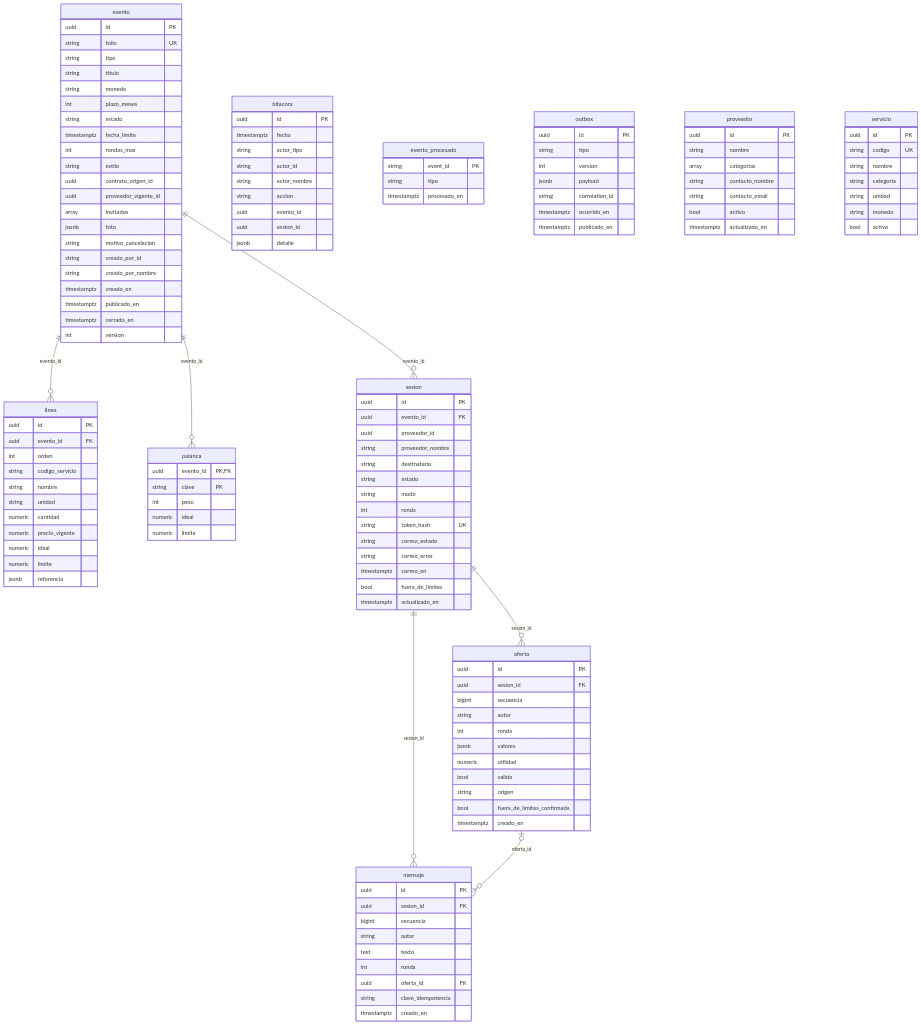
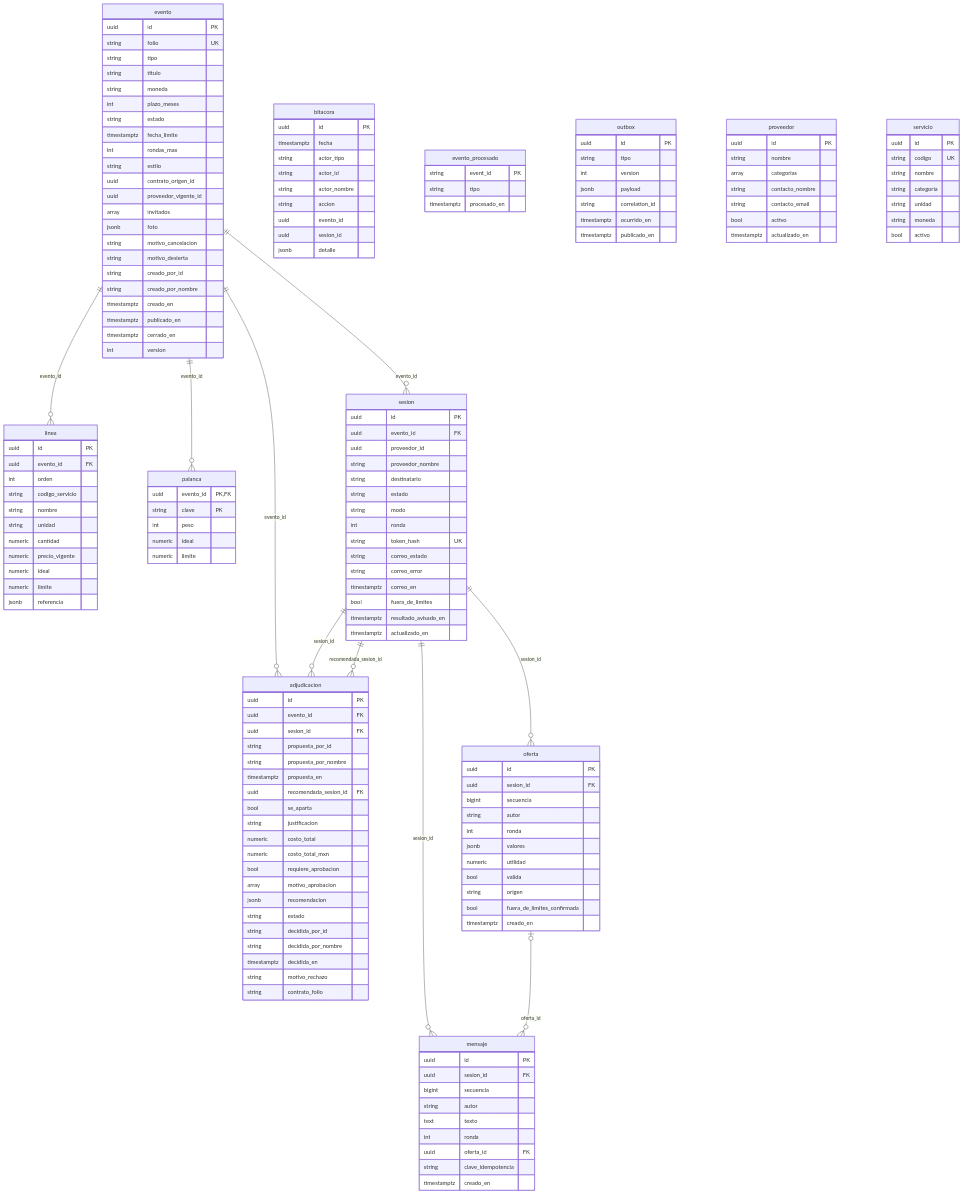
One commit to sibashdb/G19X-ITH-SDB-360-ACADEMIC changed the fourth of 4 diagrams in docs/arquitectura/modelo-de-datos.md. Above: the diagram before and after it, drawn with Mermaid. The commit also changed other lines of this file and 11 other files, not shown here.

```diff
--- a/docs/arquitectura/modelo-de-datos.md
+++ b/docs/arquitectura/modelo-de-datos.md
@@ -229,6 +239,9 @@
   evento ||--o{ linea : "evento_id"
   evento ||--o{ palanca : "evento_id"
   evento ||--o{ sesion : "evento_id"
+  evento ||--o{ adjudicacion : "evento_id"
+  sesion ||--o{ adjudicacion : "sesion_id"
+  sesion ||--o{ adjudicacion : "recomendada_sesion_id"
   sesion ||--o{ oferta : "sesion_id"
   sesion ||--o{ mensaje : "sesion_id"
   oferta |o--o{ mensaje : "oferta_id"
@@ -259,6 +272,7 @@
     array invitados
     jsonb foto
     string motivo_cancelacion
+    string motivo_desierta
     string creado_por_id
     string creado_por_nombre
     timestamptz creado_en
@@ -332,7 +346,30 @@
     string correo_error
     timestamptz correo_en
     bool fuera_de_limites
+    timestamptz resultado_avisado_en
     timestamptz actualizado_en
+  }
+  adjudicacion {
+    uuid id PK
+    uuid evento_id FK
+    uuid sesion_id FK
+    string propuesta_por_id
+    string propuesta_por_nombre
+    timestamptz propuesta_en
+    uuid recomendada_sesion_id FK
+    bool se_aparta
+    string justificacion
+    numeric costo_total
+    numeric costo_total_mxn
+    bool requiere_aprobacion
+    array motivo_aprobacion
+    jsonb recomendacion
+    string estado
+    string decidida_por_id
+    string decidida_por_nombre
+    timestamptz decidida_en
+    string motivo_rechazo
+    string contrato_folio
   }
   oferta {
     uuid id PK
```
